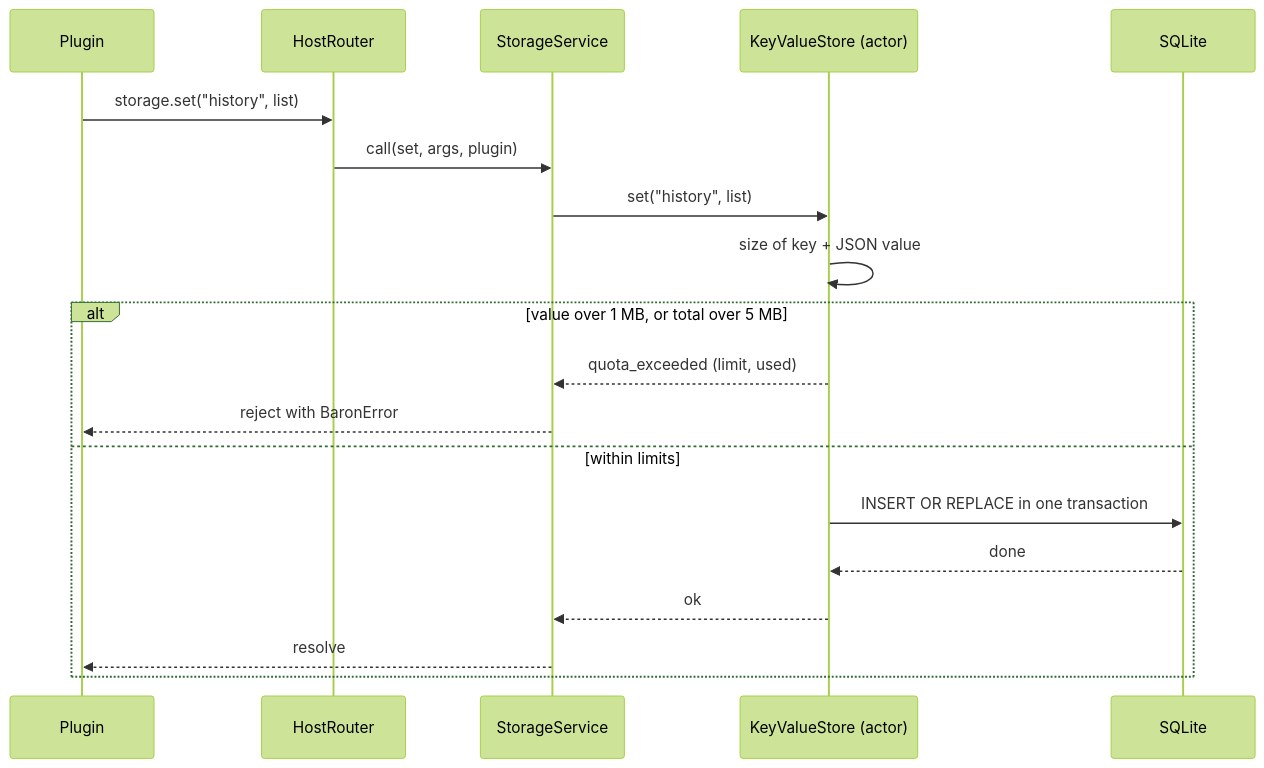
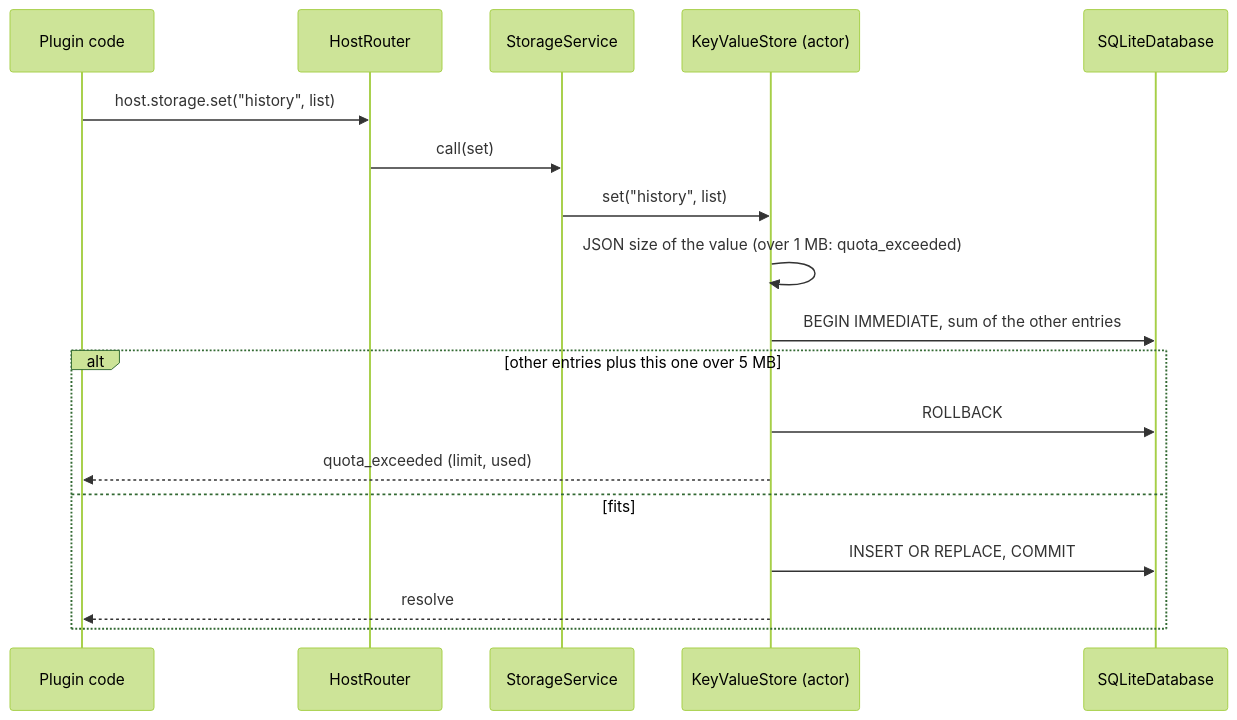
The second of 2 diagrams in docs/design/plugin-platform/05-storage.md (mx-in/ODH), drawn with Mermaid (forest theme) before and after one commit. The commit also changed other lines of this file and 2 other files, not shown here.

First line of the commit message:
docs(design): draw storage and settings as built in task-007

````diff
--- a/docs/design/plugin-platform/05-storage.md
+++ b/docs/design/plugin-platform/05-storage.md
@@ -114,21 +124,20 @@
 ```mermaid
 sequenceDiagram
-  participant P as Plugin
+  participant P as Plugin code
   participant Router as HostRouter
   participant Svc as StorageService
   participant KV as KeyValueStore (actor)
-  participant DB as SQLite
-  P->>Router: storage.set("history", list)
-  Router->>Svc: call(set, args, plugin)
+  participant DB as SQLiteDatabase
+  P->>Router: host.storage.set("history", list)
+  Router->>Svc: call(set)
   Svc->>KV: set("history", list)
-  KV->>KV: size of key + JSON value
-  alt value over 1 MB, or total over 5 MB
-    KV-->>Svc: quota_exceeded (limit, used)
-    Svc-->>P: reject with BaronError
-  else within limits
-    KV->>DB: INSERT OR REPLACE in one transaction
-    DB-->>KV: done
-    KV-->>Svc: ok
-    Svc-->>P: resolve
+  KV->>KV: JSON size of the value (over 1 MB: quota_exceeded)
+  KV->>DB: BEGIN IMMEDIATE, sum of the other entries
+  alt other entries plus this one over 5 MB
+    KV->>DB: ROLLBACK
+    KV-->>P: quota_exceeded (limit, used)
+  else fits
+    KV->>DB: INSERT OR REPLACE, COMMIT
+    KV-->>P: resolve
   end
 ```
````
